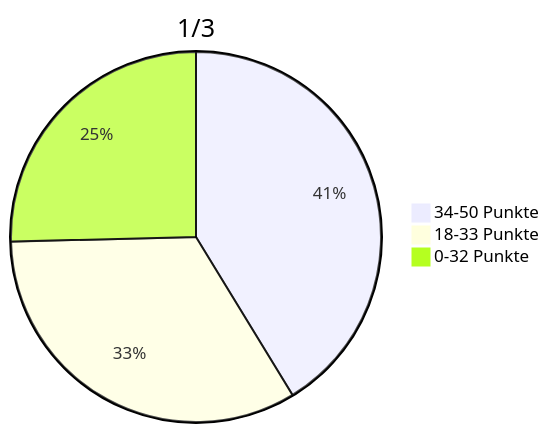
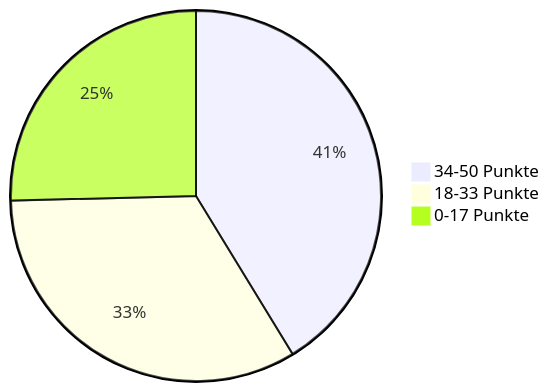
The sixth of 16 diagrams in docs/additional-material/daniel-java2/exam-results.md (jappuccini/java-docs), drawn with Mermaid before and after one commit. The commit also changed other lines of this file and 76 other files, not shown here.

Commit message:
uml fixes (colons, properties), headline fixes (italic) and exam result updates

````diff
--- a/docs/additional-material/daniel-java2/exam-results.md
+++ b/docs/additional-material/daniel-java2/exam-results.md
@@ -20,6 +83,6 @@
 ```mermaid
-pie title 1/3
+pie
     "34-50 Punkte" : 26
     "18-33 Punkte" : 21
-    "0-32 Punkte" : 16
+    "0-17 Punkte" : 16
 ```
````
